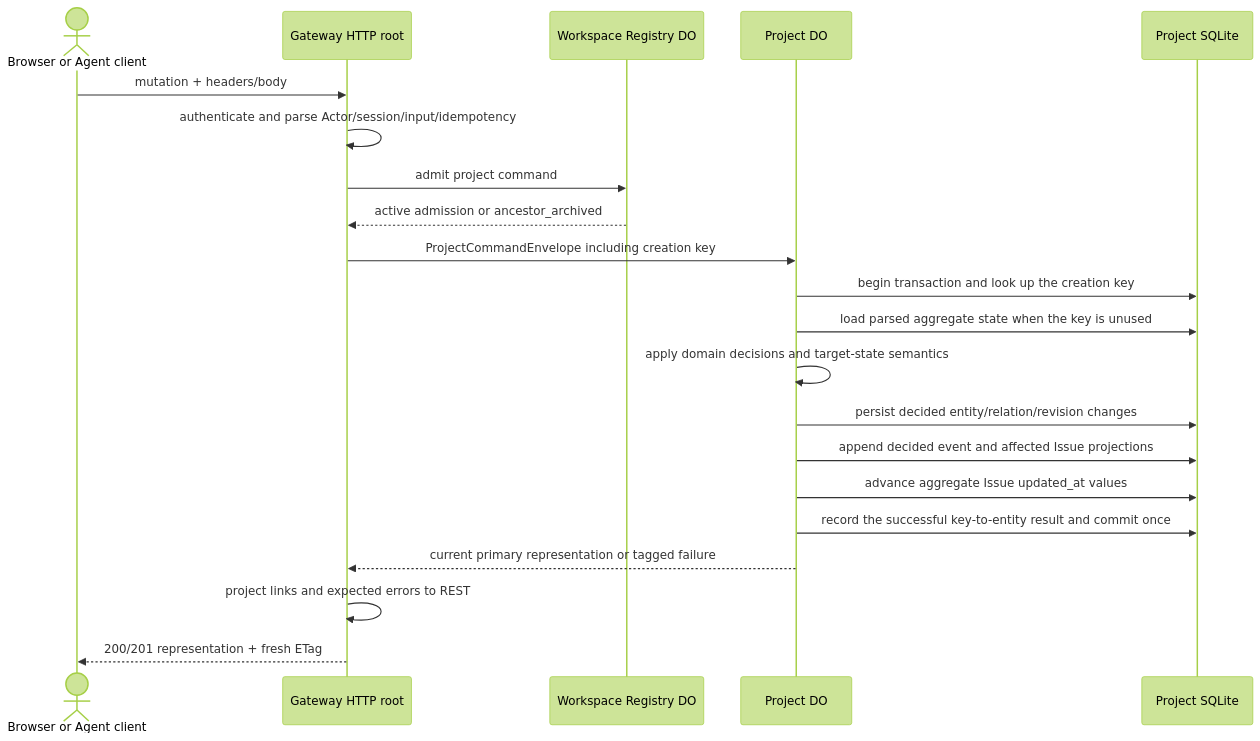
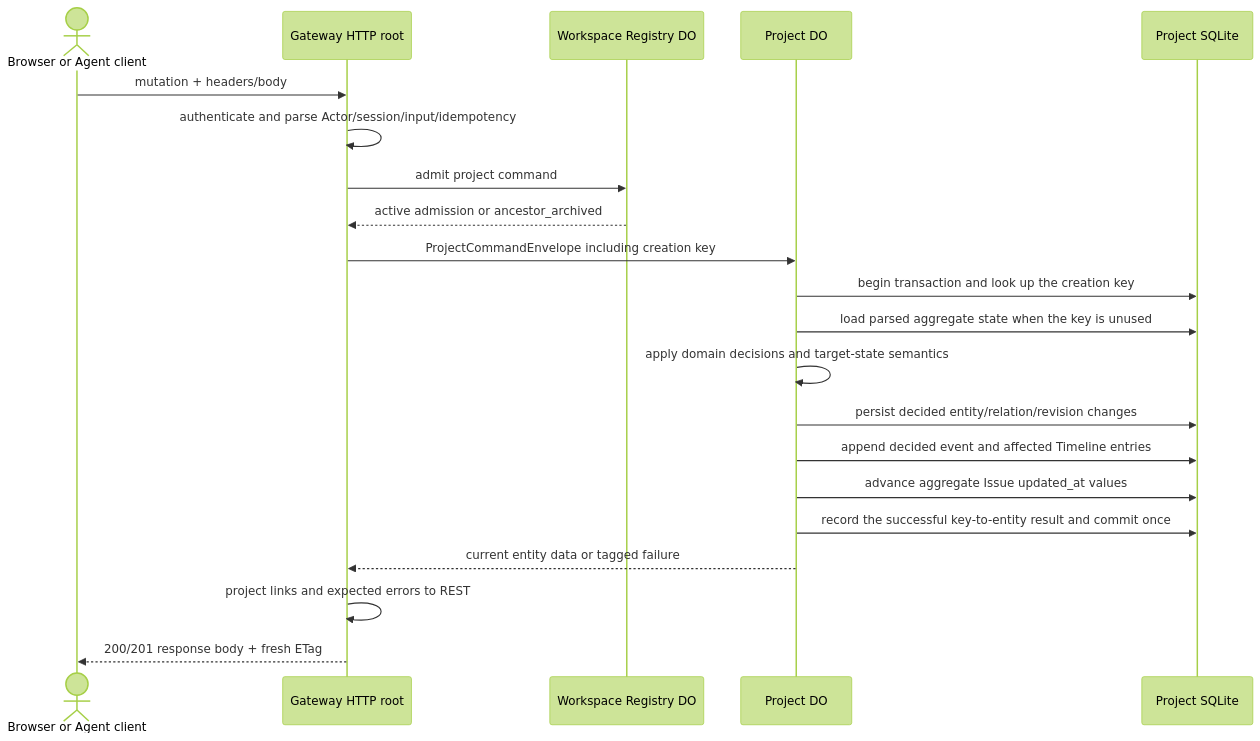
The third of 6 diagrams in docs/adr/0001-mvp-system-architecture.md (dmmulroy/overseer), drawn with Mermaid (forest theme) before and after one commit. The commit also changed other lines of this file and 27 other files, not shown here.

Commit message:
Use standard API and timeline terminology

````diff
--- a/docs/adr/0001-mvp-system-architecture.md
+++ b/docs/adr/0001-mvp-system-architecture.md
@@ -157,24 +157,24 @@
 ```mermaid
 sequenceDiagram
   actor C as Browser or Agent client
   participant G as Gateway HTTP root
   participant CDO as Workspace Registry DO
   participant PDO as Project DO
   participant SQL as Project SQLite
 
   C->>G: mutation + headers/body
   G->>G: authenticate and parse Actor/session/input/idempotency
   G->>CDO: admit project command
   CDO-->>G: active admission or ancestor_archived
   G->>PDO: ProjectCommandEnvelope including creation key
   PDO->>SQL: begin transaction and look up the creation key
   PDO->>SQL: load parsed aggregate state when the key is unused
   PDO->>PDO: apply domain decisions and target-state semantics
   PDO->>SQL: persist decided entity/relation/revision changes
-  PDO->>SQL: append decided event and affected Issue projections
+  PDO->>SQL: append decided event and affected Timeline entries
   PDO->>SQL: advance aggregate Issue updated_at values
   PDO->>SQL: record the successful key-to-entity result and commit once
-  PDO-->>G: current primary representation or tagged failure
+  PDO-->>G: current entity data or tagged failure
   G->>G: project links and expected errors to REST
-  G-->>C: 200/201 representation + fresh ETag
+  G-->>C: 200/201 response body + fresh ETag
 ```
````
